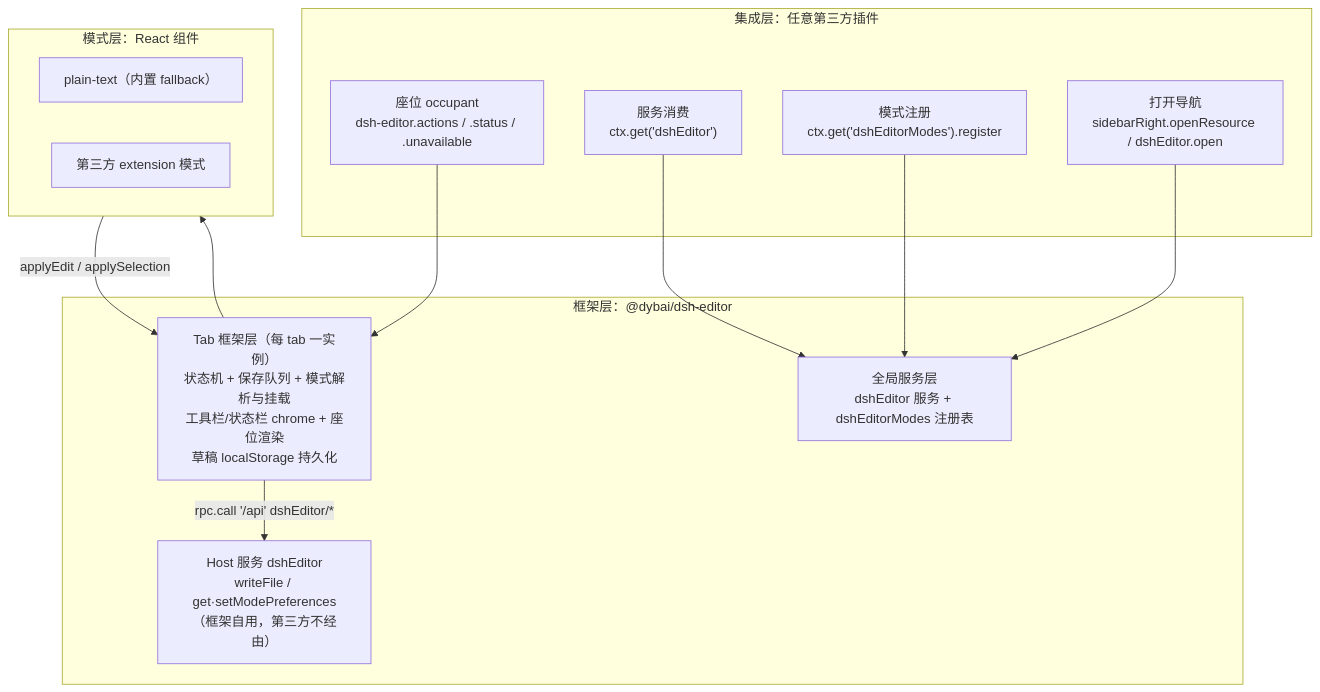
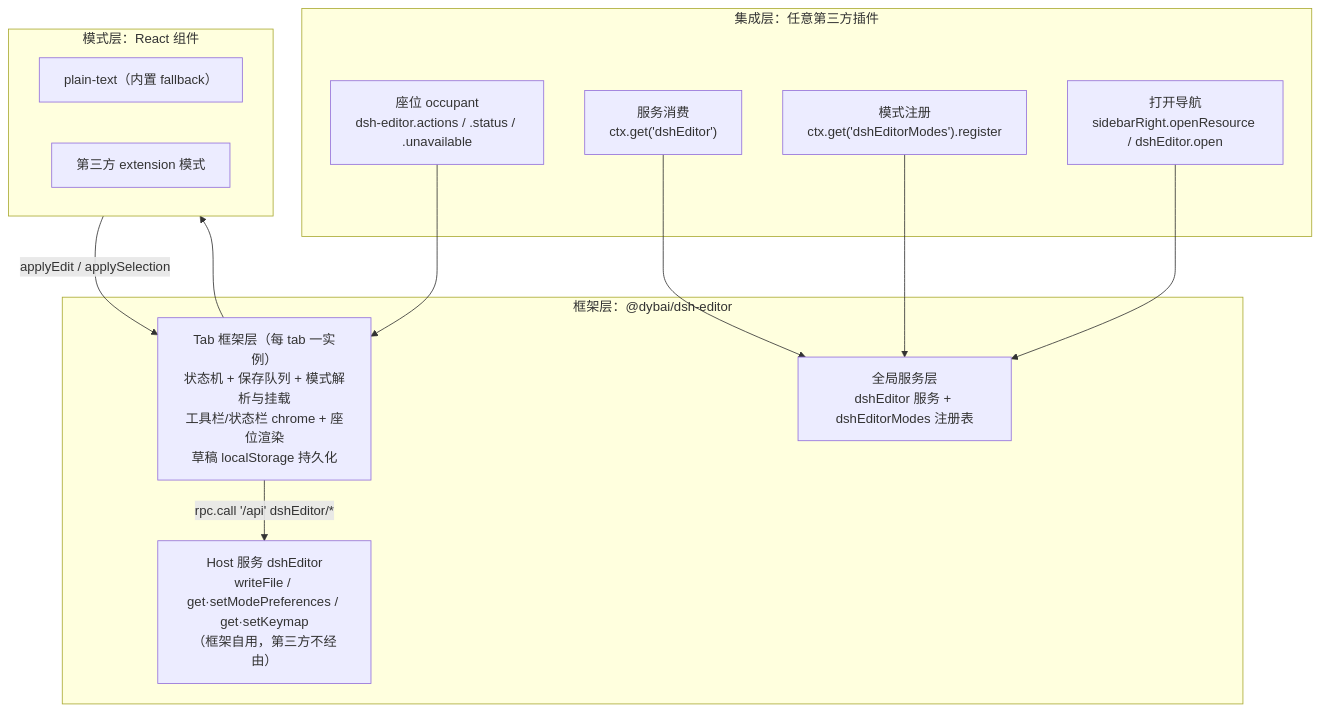
Before and after one commit to dybai/dsh-editor: the first of 3 diagrams in docs/contracts.md, drawn with Mermaid. The commit also changed other lines of this file and 11 other files, not shown here.

Commit message:
feat: self-managed keymap channel — root-element bindings, natural keys, recorder UI, host endpoints

````diff
--- a/docs/contracts.md
+++ b/docs/contracts.md
@@ -21,25 +21,25 @@
 ```mermaid
 flowchart TD
     subgraph I["集成层：任意第三方插件"]
         I1["座位 occupant<br/>dsh-editor.actions / .status / .unavailable"]
         I2["服务消费<br/>ctx.get('dshEditor')"]
         I3["模式注册<br/>ctx.get('dshEditorModes').register"]
         I4["打开导航<br/>sidebarRight.openResource / dshEditor.open"]
     end
     subgraph F["框架层：@dybai/dsh-editor"]
         F1["Tab 框架层（每 tab 一实例）<br/>状态机 + 保存队列 + 模式解析与挂载<br/>工具栏/状态栏 chrome + 座位渲染<br/>草稿 localStorage 持久化"]
         F2["全局服务层<br/>dshEditor 服务 + dshEditorModes 注册表"]
-        F3["Host 服务 dshEditor<br/>writeFile / get·setModePreferences<br/>（框架自用，第三方不经由）"]
+        F3["Host 服务 dshEditor<br/>writeFile / get·setModePreferences / get·setKeymap<br/>（框架自用，第三方不经由）"]
     end
     subgraph M["模式层：React 组件"]
         M1["plain-text（内置 fallback）"]
         M2["第三方 extension 模式"]
     end
     I1 --> F1
     I2 --> F2
     I3 --> F2
     I4 --> F2
     F1 --> M
     M -->|applyEdit / applySelection| F1
     F1 -->|rpc.call '/api' dshEditor/*| F3
 ```
````
